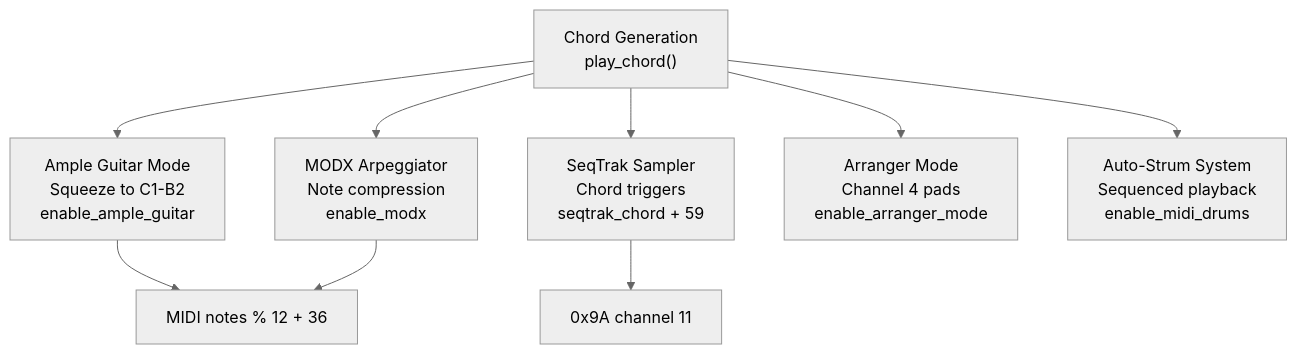
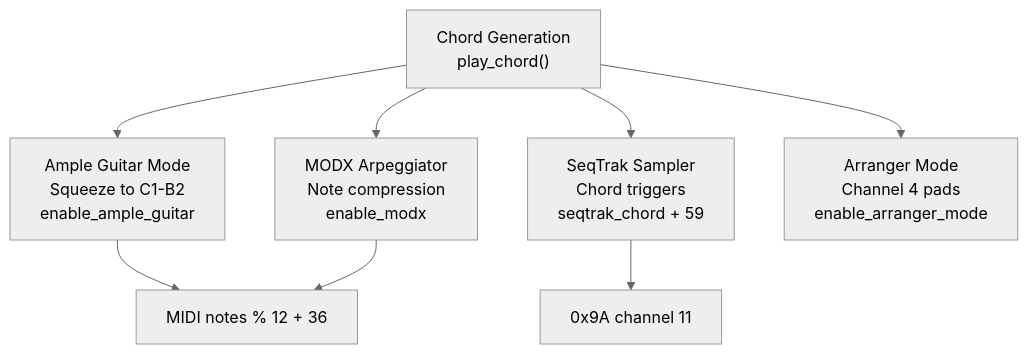
One commit to Jus-Be/orinayo-pico changed the sixth of 6 diagrams in wiki/4.3-chord-generation-system.md. Above: the diagram before and after it, drawn with Mermaid (neutral theme). The commit also changed other lines of this file and 42 other files, not shown here.

````diff
--- a/wiki/4.3-chord-generation-system.md
+++ b/wiki/4.3-chord-generation-system.md
@@ -381,21 +311,19 @@
 ```mermaid
 flowchart TD
 
 ChordGen["Chord Generation<br>play_chord()"]
 AmpleGuitar["Ample Guitar Mode<br>Squeeze to C1-B2<br>enable_ample_guitar"]
 SeqTrak["SeqTrak Sampler<br>Chord triggers<br>seqtrak_chord + 59"]
 MODX["MODX Arpeggiator<br>Note compression<br>enable_modx"]
 Arranger["Arranger Mode<br>Channel 4 pads<br>enable_arranger_mode"]
-AutoStrum["Auto-Strum System<br>Sequenced playback<br>enable_midi_drums"]
 Compress["MIDI notes % 12 + 36"]
 Trigger["0x9A channel 11"]
 
 ChordGen --> AmpleGuitar
 ChordGen --> SeqTrak
 ChordGen --> MODX
 ChordGen --> Arranger
-ChordGen --> AutoStrum
 AmpleGuitar --> Compress
 SeqTrak --> Trigger
 MODX --> Compress
 ```
````
